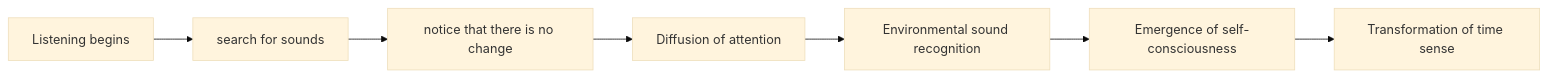
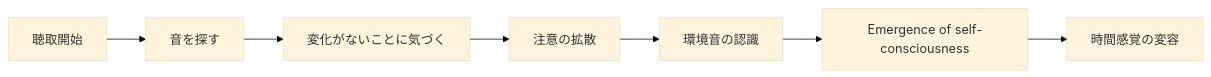
One commit to monumental-movement/monumental-movement.github.io changed the fifth of 11 diagrams in en/_posts/2026-04-18-column-sachiko-m.md. Above: the diagram before and after it, drawn with Mermaid (base theme). The commit also changed other lines of this file and 2196 other files, not shown here.

```diff
--- a/en/_posts/2026-04-18-column-sachiko-m.md
+++ b/en/_posts/2026-04-18-column-sachiko-m.md
@@ -298,9 +297,9 @@
 <div class="mermaid">
 flowchart LR
-    A[Listening begins] --> B[search for sounds]
-    B --> C[notice that there is no change]
-    C --> D[Diffusion of attention]
-    D --> E[Environmental sound recognition]
+    A[聴取開始] --> B[音を探す]
+    B --> C[変化がないことに気づく]
+    C --> D[注意の拡散]
+    D --> E[環境音の認識]
     E --> F[Emergence of self-consciousness]
-    F --> G[Transformation of time sense]
+    F --> G[時間感覚の変容]
 </div>
```
